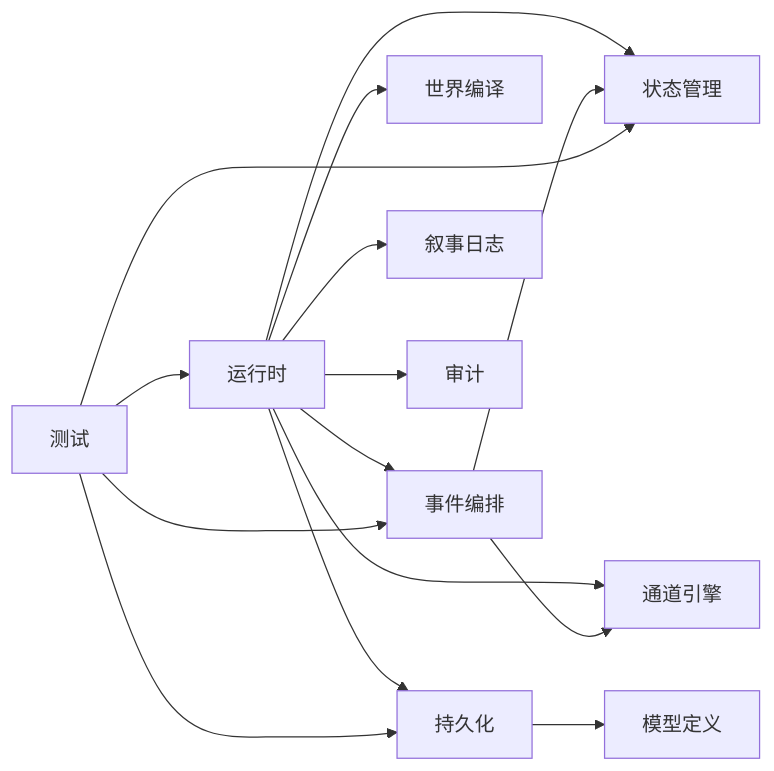
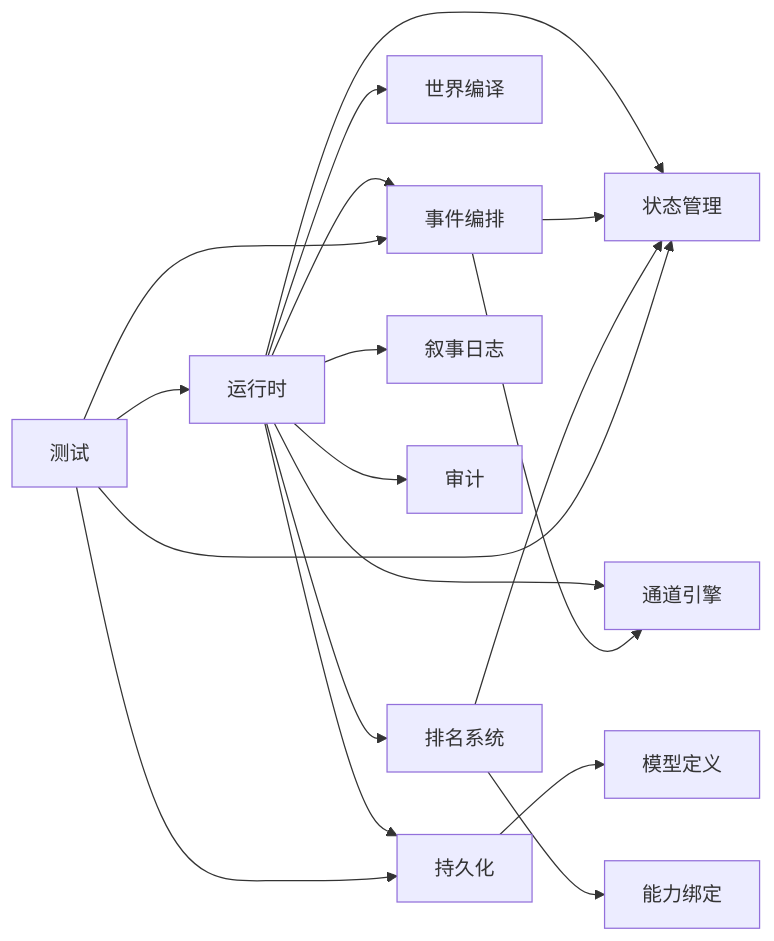
One commit to Ivandanslespace/thegreatnovel changed the ninth of 9 diagrams in .qoder/repowiki/zh/content/项目概览/P0机制重构完成文档.md. Above: the diagram before and after it, drawn with Mermaid. The commit also changed other lines of this file and 120 other files, not shown here.

````diff
--- a/.qoder/repowiki/zh/content/项目概览/P0机制重构完成文档.md
+++ b/.qoder/repowiki/zh/content/项目概览/P0机制重构完成文档.md
@@ -317,17 +396,20 @@
 ```mermaid
 graph LR
 RT["运行时"] --> ST["状态管理"]
 RT --> ED["事件编排"]
 RT --> CE["通道引擎"]
 RT --> WC["世界编译"]
 RT --> PE["持久化"]
 RT --> NL["叙事日志"]
 RT --> AU["审计"]
+RT --> RE["排名系统"]
 ED --> CE
 ED --> ST
 PE --> MD["模型定义"]
+RE --> CB["能力绑定"]
+RE --> ST
 T["测试"] --> RT
 T --> ST
 T --> PE
 T --> ED
 ```
````
